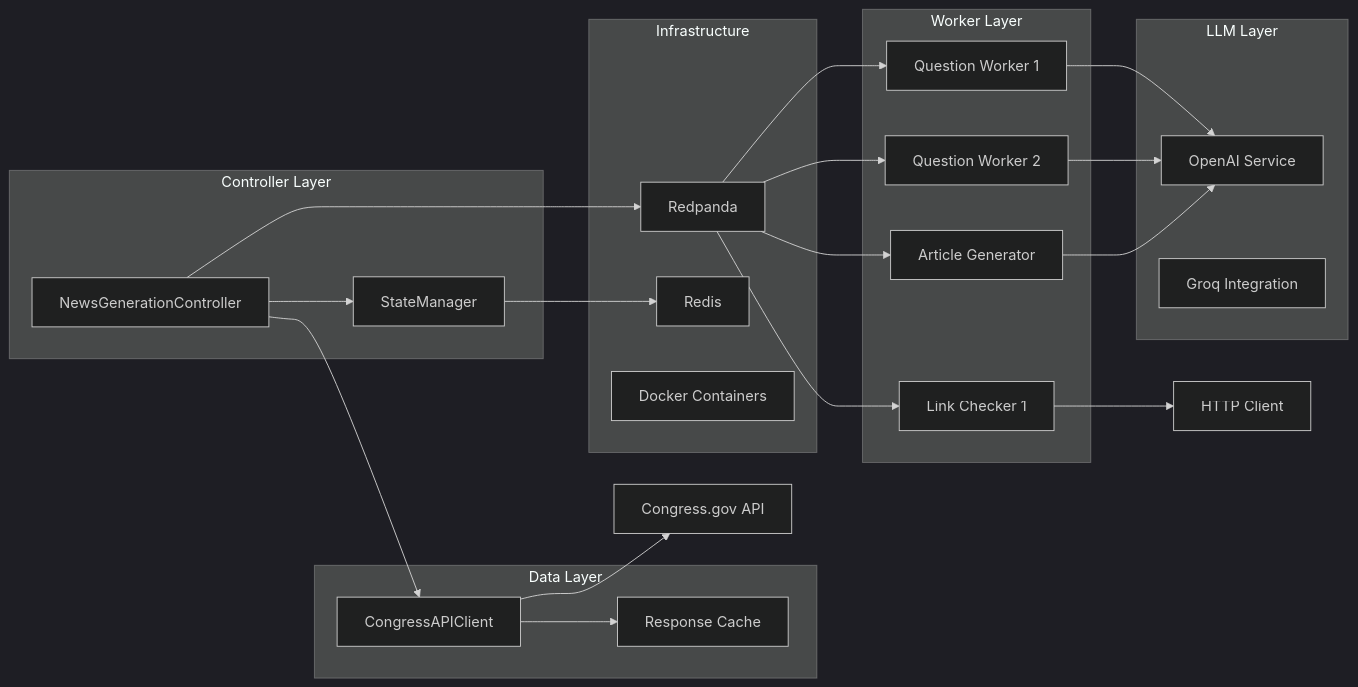
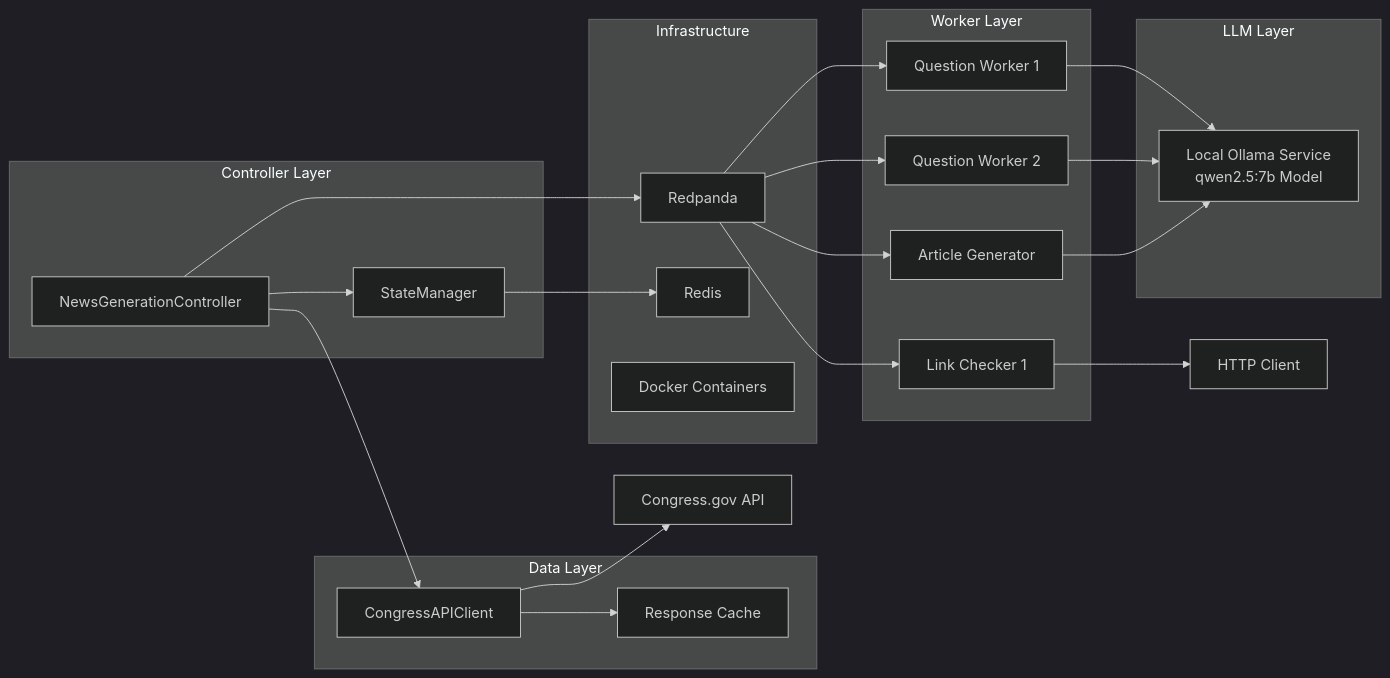
One commit to ronak4/Ronak-Raisingani-RAG changed the second of 7 diagrams in Documentation/architecture.md. Above: the diagram before and after it, drawn with Mermaid (dark theme). The commit also changed other lines of this file and 4 other files, not shown here.

````diff
--- a/Documentation/architecture.md
+++ b/Documentation/architecture.md
@@ -41,45 +41,44 @@
 ```mermaid
 graph LR
     subgraph "Controller Layer"
         CTRL[NewsGenerationController]
         STATE[StateManager]
     end
     
     subgraph "Data Layer"
         CONG[CongressAPIClient]
         CACHE[Response Cache]
     end
     
     subgraph "LLM Layer"
-        OPENAI[OpenAI Service]
-        GROQ[Groq Integration]
+        OLLAMA[Local Ollama Service<br/>qwen2.5:7b Model]
     end
     
     subgraph "Worker Layer"
         QW1[Question Worker 1]
         QW2[Question Worker 2]
         LC1[Link Checker 1]
         AG1[Article Generator]
     end
     
     subgraph "Infrastructure"
         KAFKA[Redpanda]
         REDIS[Redis]
         DOCKER[Docker Containers]
     end
     
     CTRL --> CONG
     CTRL --> KAFKA
     CTRL --> STATE
     CONG --> CACHE
     CONG --> API[Congress.gov API]
-    QW1 --> OPENAI
-    QW2 --> OPENAI
+    QW1 --> OLLAMA
+    QW2 --> OLLAMA
     LC1 --> HTTP[HTTP Client]
-    AG1 --> OPENAI
+    AG1 --> OLLAMA
     STATE --> REDIS
     KAFKA --> QW1
     KAFKA --> QW2
     KAFKA --> LC1
     KAFKA --> AG1
 ```
````
